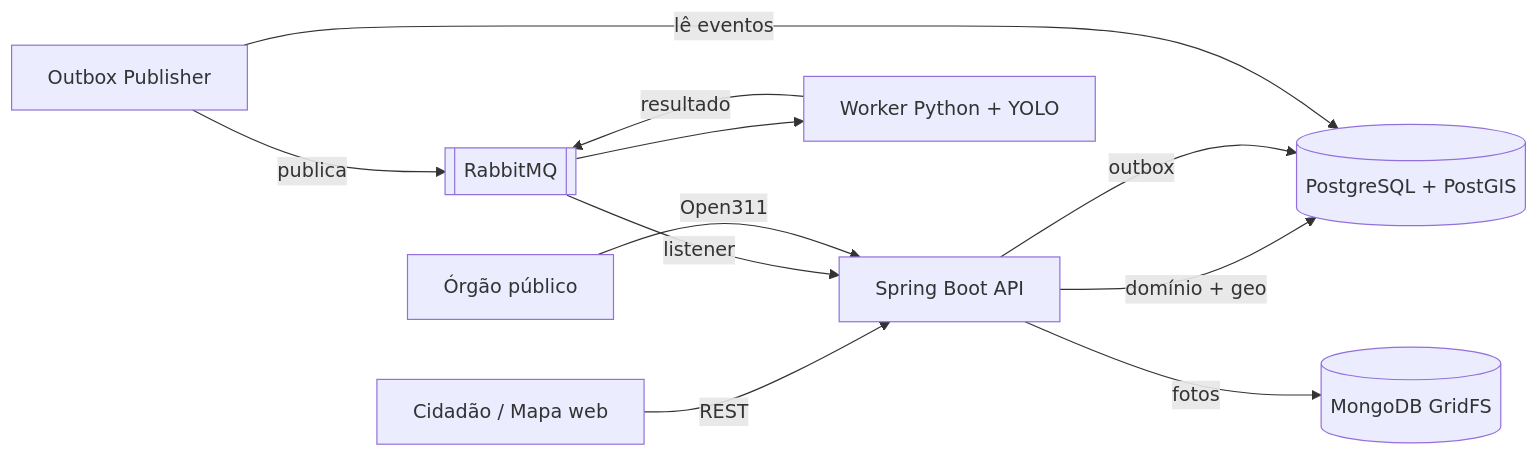
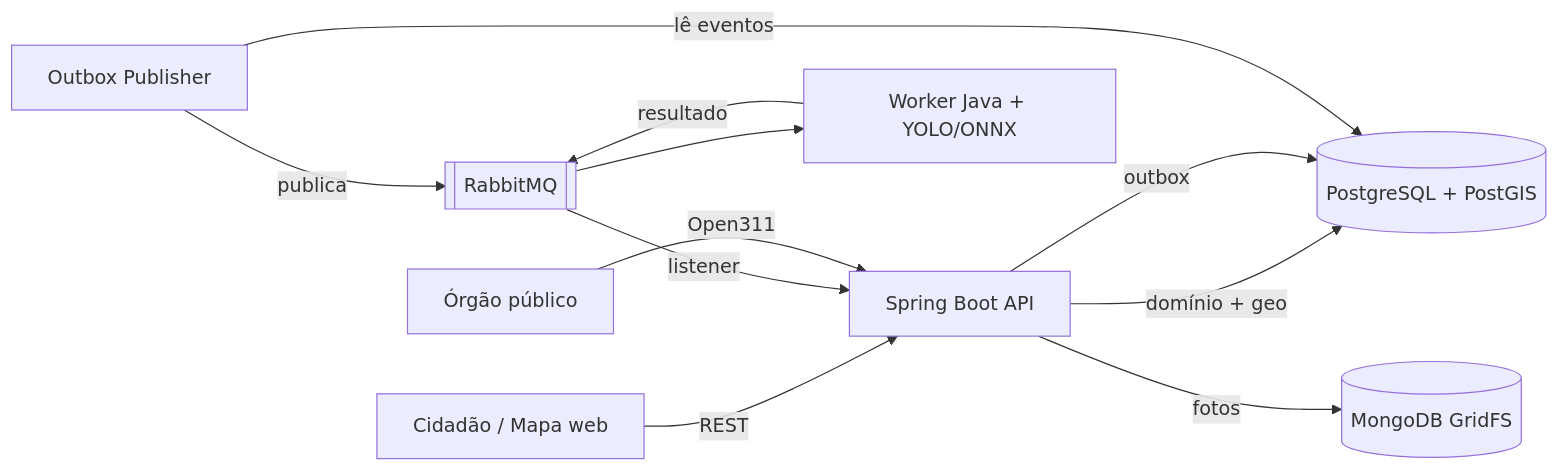
Before and after one commit to caioeduardopereirafelix/Sp-Bem-Estar: the first of 2 diagrams in README.md, drawn with Mermaid. The commit also changed other lines of this file and 30 other files, not shown here.

Commit message:
feat: worker de classificação em Java com ONNX Runtime e consumo do resultado na API

````diff
--- a/README.md
+++ b/README.md
@@ -61,13 +61,13 @@
 ```mermaid
 flowchart LR
     U[Cidadão / Mapa web] -->|REST| API[Spring Boot API]
     API -->|domínio + geo| PG[(PostgreSQL + PostGIS)]
     API -->|fotos| MG[(MongoDB GridFS)]
     API -->|outbox| PG
     PUB[Outbox Publisher] -->|lê eventos| PG
     PUB -->|publica| MQ[[RabbitMQ]]
-    MQ --> W[Worker Python + YOLO]
+    MQ --> W[Worker Java + YOLO/ONNX]
     W -->|resultado| MQ
     MQ -->|listener| API
     GOV[Órgão público] -->|Open311| API
 ```
````
